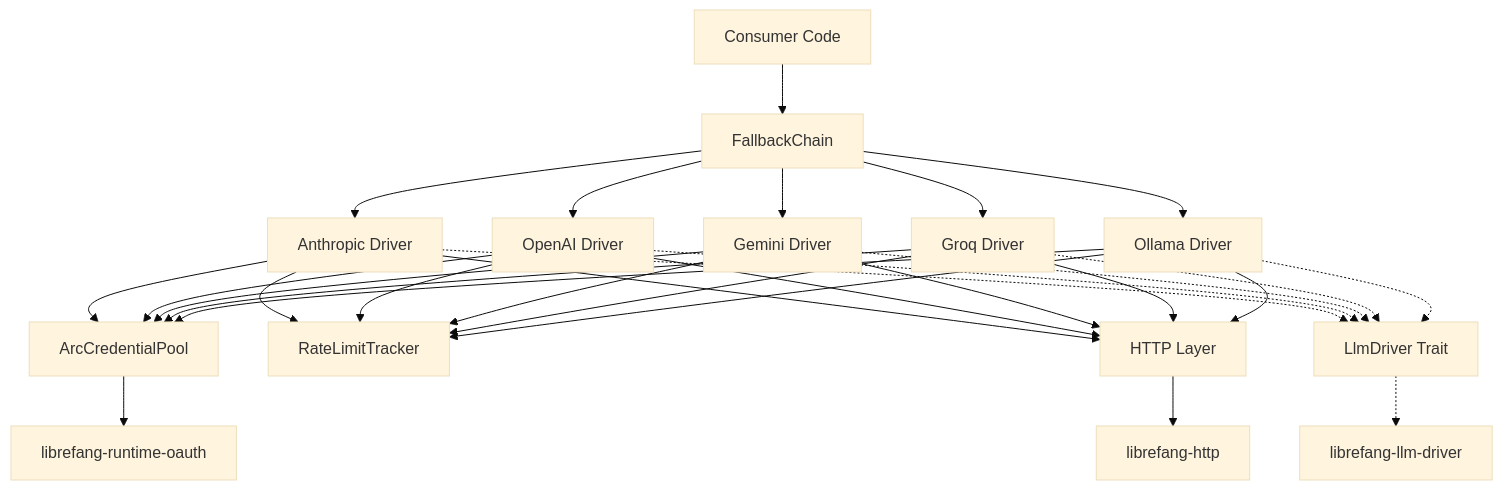
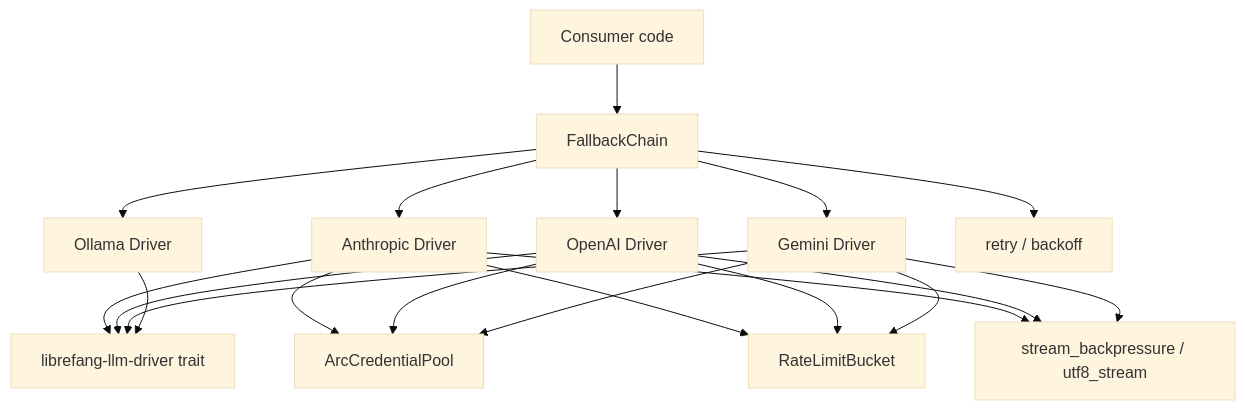
One commit to leszek3737/librefang-WIki changed the diagram in other-librefang-llm-drivers.md. Above: the diagram before and after it, drawn with Mermaid (base theme). The commit also changed other lines of this file and 119 other files, not shown here.

````diff
--- a/other-librefang-llm-drivers.md
+++ b/other-librefang-llm-drivers.md
@@ -9,16 +9,13 @@
 ```mermaid
 graph TD
-    A[Consumer Code] --> B[FallbackChain]
+    A[Consumer code] --> B[FallbackChain]
     B --> C1[Anthropic Driver]
     B --> C2[OpenAI Driver]
     B --> C3[Gemini Driver]
-    B --> C4[Groq Driver]
-    B --> C5[Ollama Driver]
-    C1 & C2 & C3 & C4 & C5 --> D[ArcCredentialPool]
-    C1 & C2 & C3 & C4 & C5 --> E[RateLimitTracker]
-    C1 & C2 & C3 & C4 & C5 --> F[HTTP Layer]
-    F --> G[librefang-http]
-    D --> H[librefang-runtime-oauth]
-    C1 & C2 & C3 & C4 & C5 -.-> I[LlmDriver Trait]
-    I -.-> J[librefang-llm-driver]
+    B --> C4[Ollama Driver]
+    C1 & C2 & C3 & C4 --> D[librefang-llm-driver trait]
+    C1 & C2 & C3 --> E[ArcCredentialPool]
+    C1 & C2 & C3 --> F[RateLimitBucket]
+    B --> G[retry / backoff]
+    C1 & C2 & C3 --> H[stream_backpressure / utf8_stream]
 ```
````
